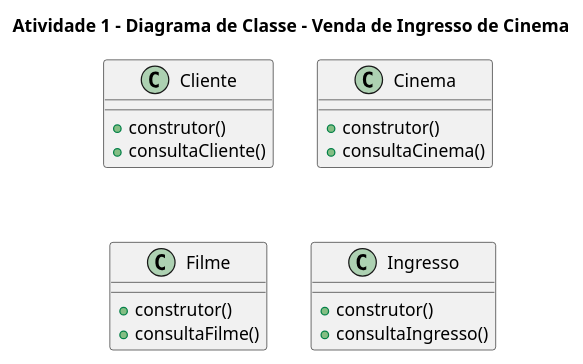
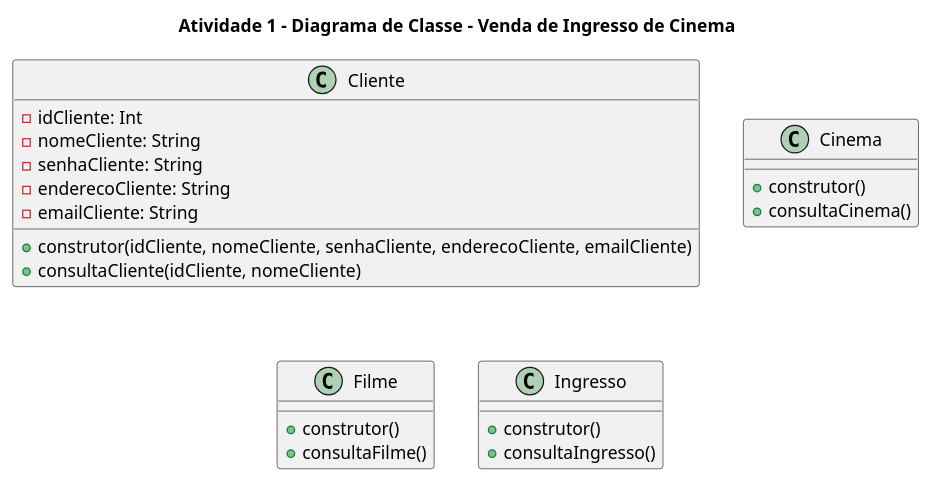
The diagram in Modelagem/Clientes.plantuml (anleaes/2023-1-N1-POO-09), drawn with PlantUML before and after one commit. The commit also changed other lines of this file, not shown here.

Commit message:
Clientes
Estrutura da Classe Clientes

```diff
--- a/Modelagem/Clientes.plantuml
+++ b/Modelagem/Clientes.plantuml
@@ -3,30 +2,35 @@
 @startuml A1
 
 title Atividade 1 - Diagrama de Classe - Venda de Ingresso de Cinema
 
+
     class Cliente{
-
-    + construtor()
-    + consultaCliente()
+    - idCliente: Int
+    - nomeCliente: String
+    - senhaCliente: String 
+    - enderecoCliente: String
+    - emailCliente: String
+    + construtor(idCliente, nomeCliente, senhaCliente, enderecoCliente, emailCliente)
+    + consultaCliente(idCliente, nomeCliente)
 }
 
 class Cinema{
 
     + construtor()
     + consultaCinema()
 }
 
 class Filme{
     
     + construtor()
     + consultaFilme()
 }
 
 class Ingresso{
 
     + construtor()
     + consultaIngresso()
 }
 
 
 @enduml
```
